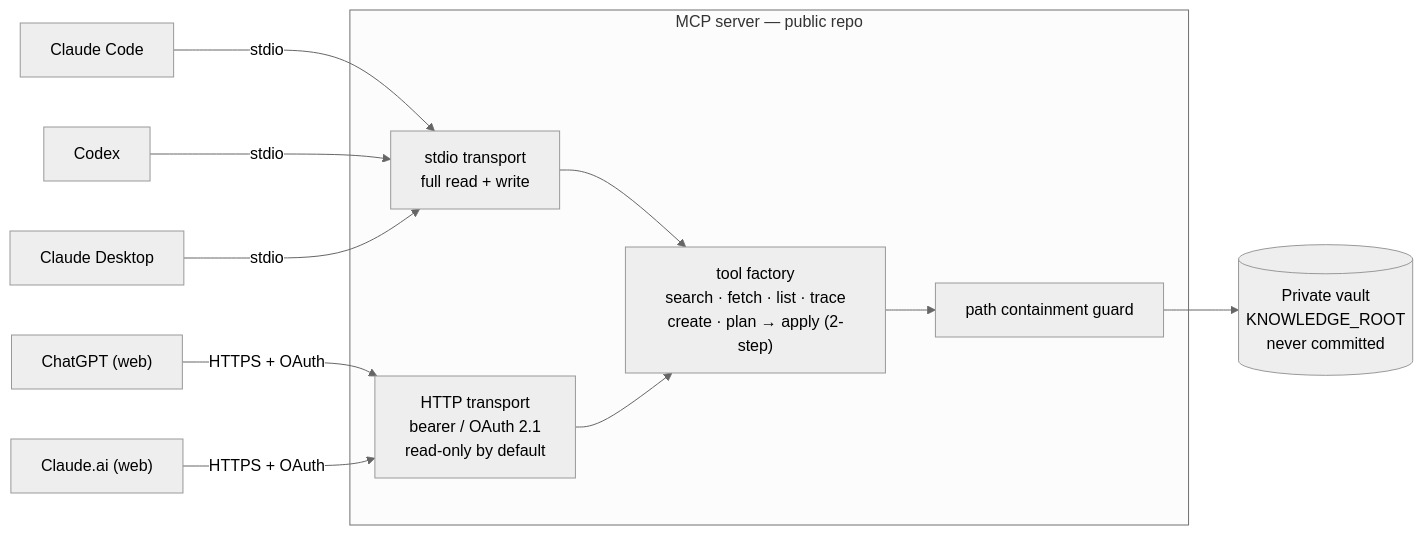
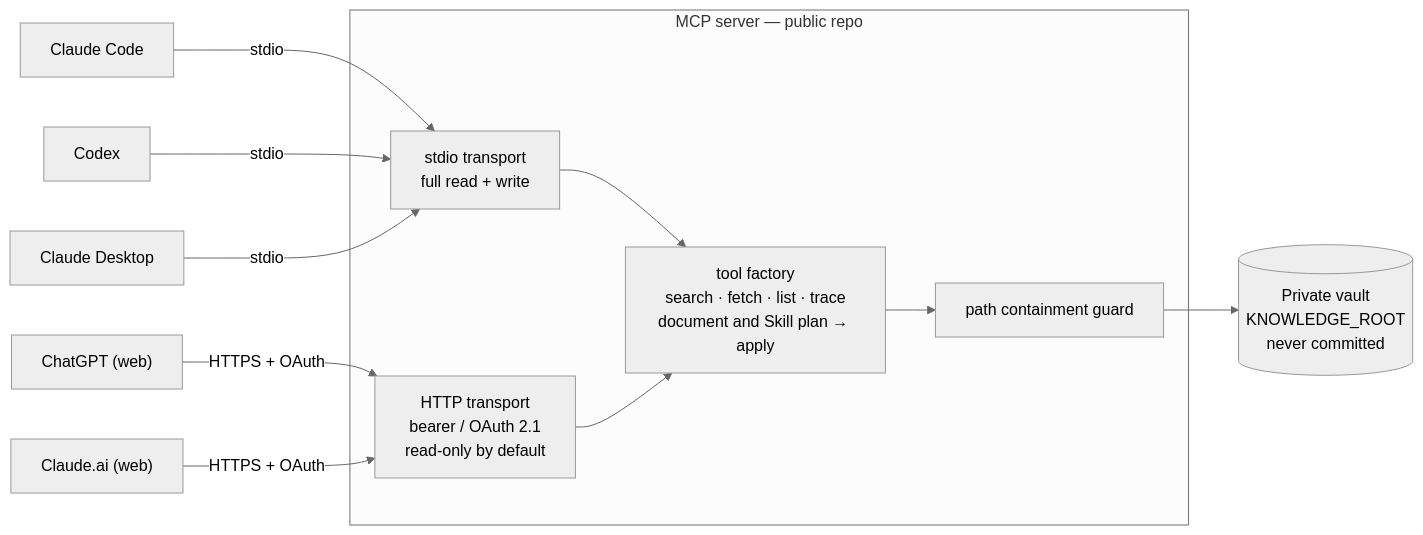
The diagram in README.md (theosera/claude_openai_mcp_connector), drawn with Mermaid (neutral theme) before and after one commit. The commit also changed other lines of this file and 15 other files, not shown here.

First line of the commit message:
Add constrained two-step Skill creation (#39)

````diff
--- a/README.md
+++ b/README.md
@@ -17,20 +17,20 @@
 ```mermaid
 flowchart LR
   CC["Claude Code"] -->|stdio| STDIO
   CX["Codex"] -->|stdio| STDIO
   CD["Claude Desktop"] -->|stdio| STDIO
   GPT["ChatGPT (web)"] -->|"HTTPS + OAuth"| HTTP
   CA["Claude.ai (web)"] -->|"HTTPS + OAuth"| HTTP
 
   subgraph Server["MCP server — public repo"]
     STDIO["stdio transport<br/>full read + write"]
     HTTP["HTTP transport<br/>bearer / OAuth 2.1<br/>read-only by default"]
-    TOOLS["tool factory<br/>search · fetch · list · trace<br/>create · plan → apply (2-step)"]
+    TOOLS["tool factory<br/>search · fetch · list · trace<br/>document and Skill plan → apply"]
     GUARD["path containment guard"]
   end
 
   STDIO --> TOOLS
   HTTP --> TOOLS
   TOOLS --> GUARD
   GUARD --> V[("Private vault<br/>KNOWLEDGE_ROOT<br/>never committed")]
 ```
````
